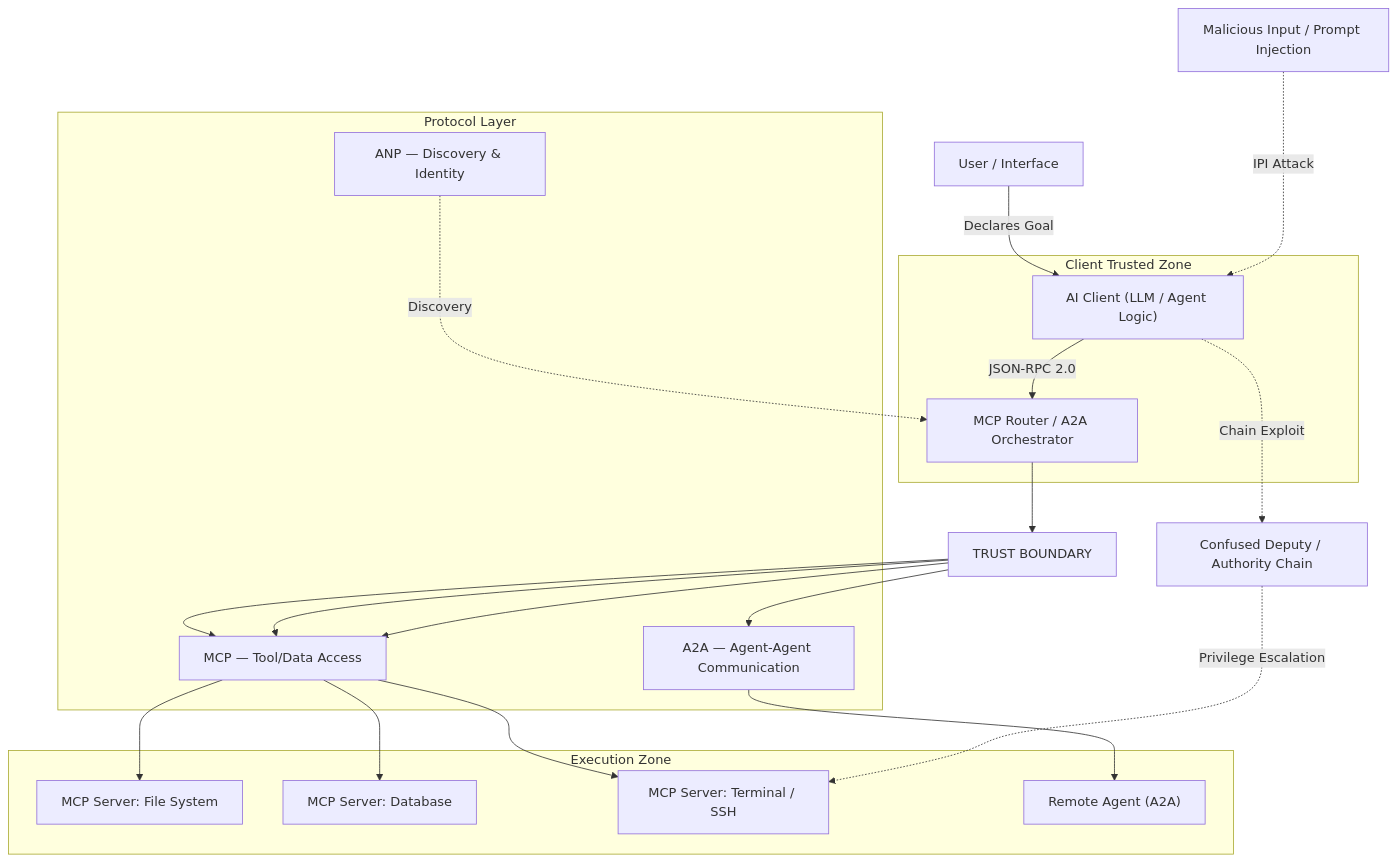
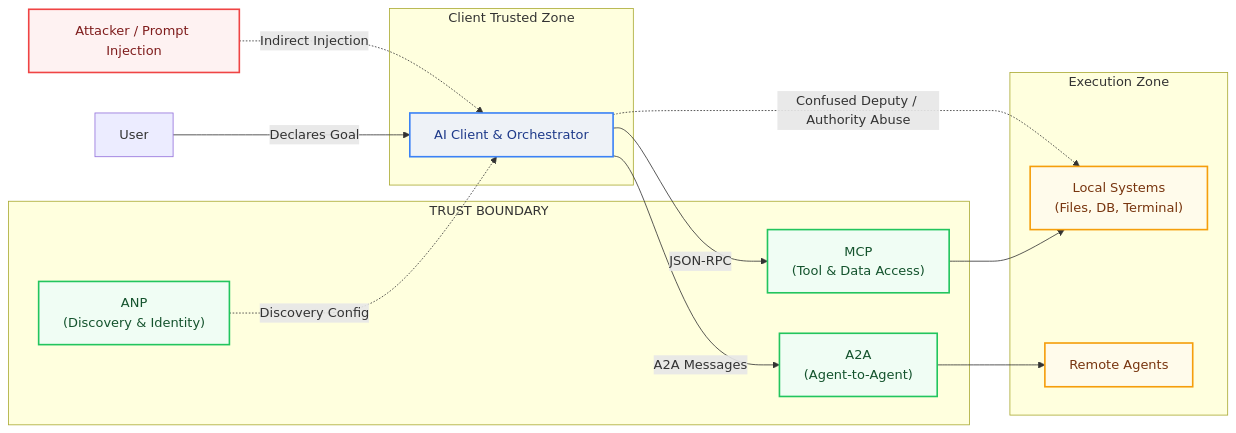
One commit to yusufarbc/yusufarbc changed the first of 3 diagrams in website/content/agentic-ai-protocols-security-vulnerabilities/en.md. Above: the diagram before and after it, drawn with Mermaid. The commit also changed other lines of this file and 1 other file, not shown here.

````diff
--- a/website/content/agentic-ai-protocols-security-vulnerabilities/en.md
+++ b/website/content/agentic-ai-protocols-security-vulnerabilities/en.md
@@ -21,40 +21,46 @@
 ```mermaid
-graph TD
-    User[User / Interface]
+graph LR
+    %% Style Definitions
+    classDef client fill:#eef2f7,stroke:#3b82f6,stroke-width:2px,color:#1e3a8a;
+    classDef protocol fill:#f0fdf4,stroke:#22c55e,stroke-width:2px,color:#14532d;
+    classDef target fill:#fffbeb,stroke:#f59e0b,stroke-width:2px,color:#78350f;
+    classDef threat fill:#fef2f2,stroke:#ef4444,stroke-width:2px,color:#7f1d1d;
 
+    User[User] -->|Declares Goal| Client
+    Attacker[Attacker / Prompt Injection] -.->|Indirect Injection| Client
+
+    %% Client Trusted Zone
     subgraph ClientZone [Client Trusted Zone]
-        Client["AI Client (LLM / Agent Logic)"]
-        Router["MCP Router / A2A Orchestrator"]
+        Client["AI Client & Orchestrator"]
     end
 
-    TB["TRUST BOUNDARY"]
-
-    subgraph ProtocolLayer [Protocol Layer]
-        MCP["MCP — Tool/Data Access"]
-        A2A["A2A — Agent-Agent Communication"]
-        ANP["ANP — Discovery & Identity"]
+    %% Protocol & Trust Boundary
+    subgraph TrustBoundary [TRUST BOUNDARY]
+        MCP["MCP <br>(Tool & Data Access)"]
+        A2A["A2A <br>(Agent-to-Agent)"]
+        ANP["ANP <br>(Discovery & Identity)"]
     end
 
+    %% Target Execution Zone
     subgraph TargetZone [Execution Zone]
-        S_Env["MCP Server: File System"]
-        S_Db["MCP Server: Database"]
-        S_Term["MCP Server: Terminal / SSH"]
-        RemoteAgent["Remote Agent (A2A)"]
+        S_System["Local Systems <br>(Files, DB, Terminal)"]
+        RemoteAgent["Remote Agents"]
     end
 
-    Attacker["Malicious Input / Prompt Injection"]
-    Confused["Confused Deputy / Authority Chain"]
+    %% Class Assignments
+    class Client client;
+    class MCP,A2A,ANP protocol;
+    class S_System,RemoteAgent target;
+    class Attacker threat;
 
-    User -->|Declares Goal| Client
-    Client -->|JSON-RPC 2.0| Router
-    Router --> TB
-    TB --> MCP --> S_Env
-    TB --> MCP --> S_Db
-    TB --> MCP --> S_Term
-    TB --> A2A --> RemoteAgent
-    ANP -..->|Discovery| Router
+    %% Connectivity
+    Client -->|JSON-RPC| MCP
+    Client -->|A2A Messages| A2A
+    ANP -.->|Discovery Config| Client
 
-    Attacker -..->|IPI Attack| Client
-    Client -..->|Chain Exploit| Confused
-    Confused -..->|Privilege Escalation| S_Term
+    MCP --> S_System
+    A2A --> RemoteAgent
+
+    %% Threat Flow
+    Client -.->|Confused Deputy / Authority Abuse| S_System
 ```
````
